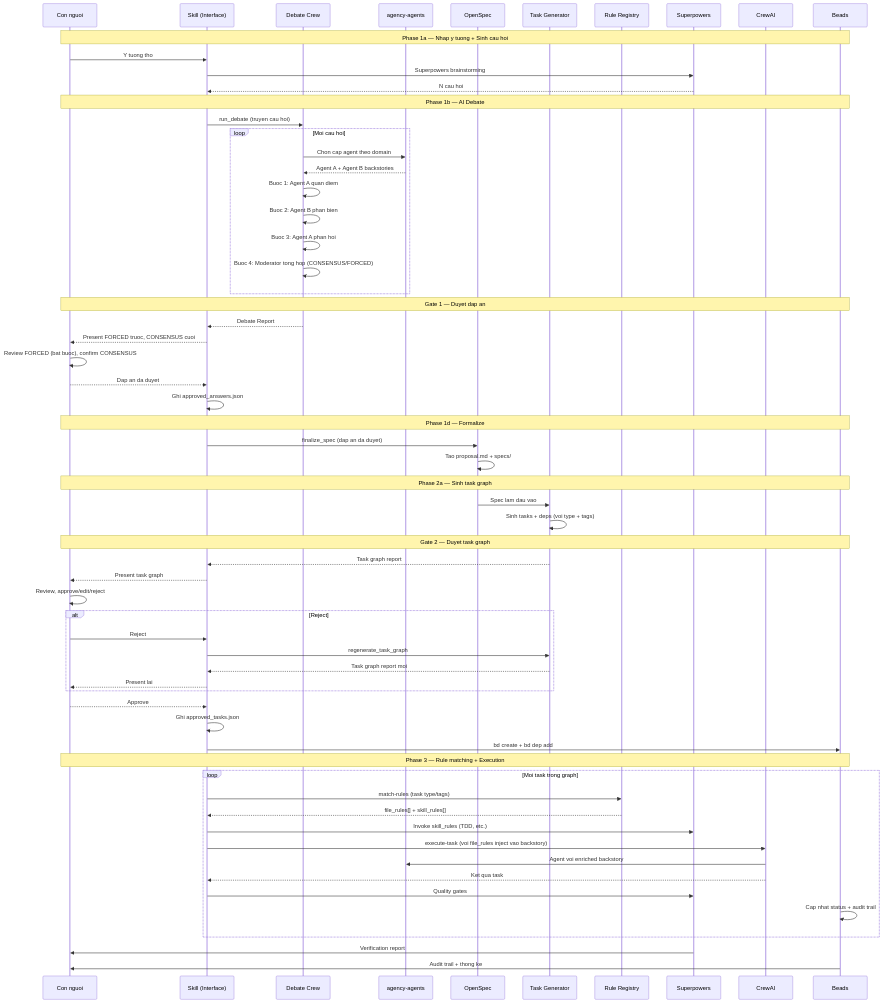
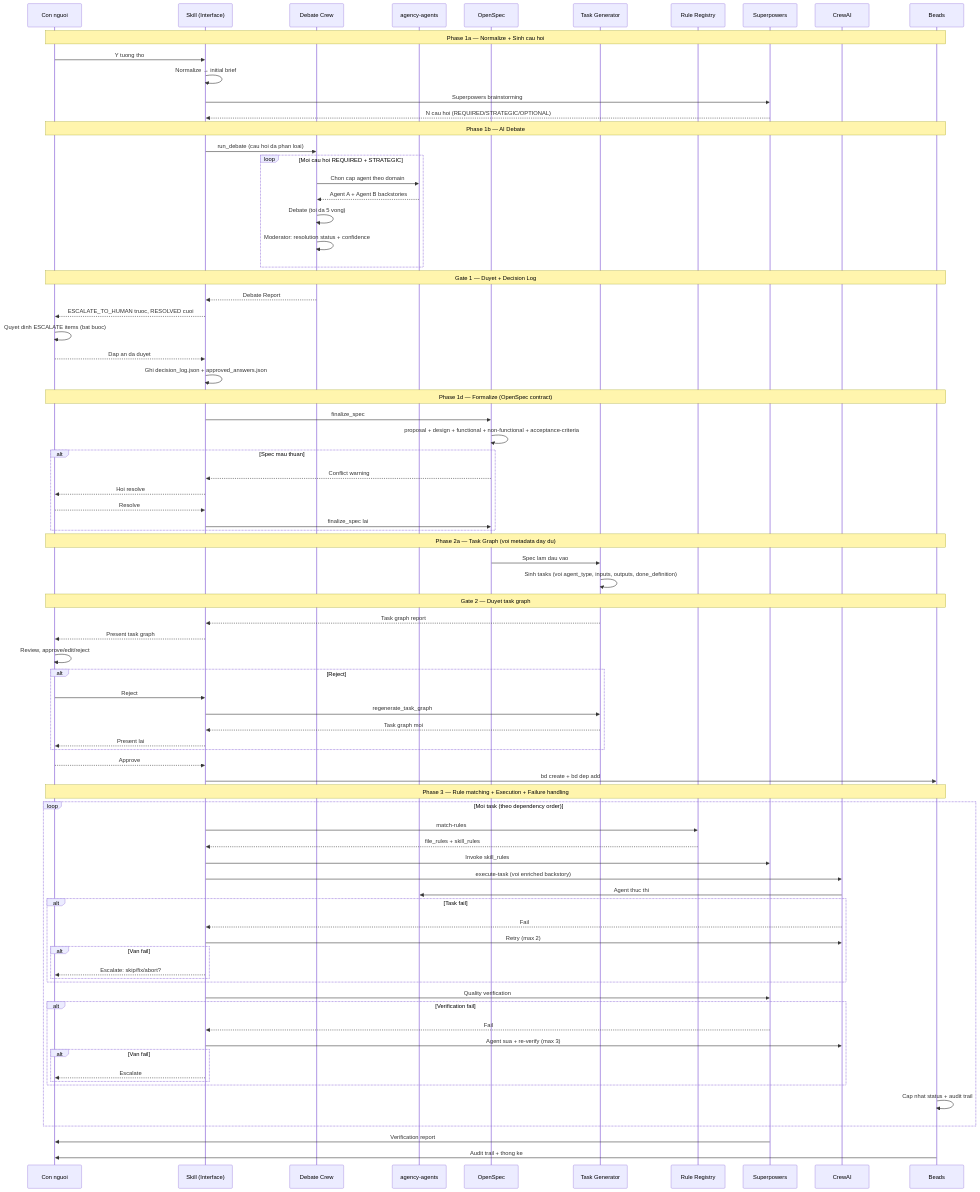
Before and after one commit to hungngominh/ai-development-system: the diagram in docs/workflow-v2.md, drawn with Mermaid. The commit also changed other lines of this file and 3 other files, not shown here.

Commit message:
Update architecture docs and workflow

```diff
--- a/docs/workflow-v2.md
+++ b/docs/workflow-v2.md
@@ -142,36 +182,41 @@
     participant CR as CrewAI
     participant BD as Beads
 
-    Note over U,BD: Phase 1a — Nhap y tuong + Sinh cau hoi
+    Note over U,BD: Phase 1a — Normalize + Sinh cau hoi
     U->>SK: Y tuong tho
+    SK->>SK: Normalize → initial brief
     SK->>SP: Superpowers brainstorming
-    SP-->>SK: N cau hoi
+    SP-->>SK: N cau hoi (REQUIRED/STRATEGIC/OPTIONAL)
 
     Note over U,BD: Phase 1b — AI Debate
-    SK->>DC: run_debate (truyen cau hoi)
-    loop Moi cau hoi
+    SK->>DC: run_debate (cau hoi da phan loai)
+    loop Moi cau hoi REQUIRED + STRATEGIC
         DC->>AG: Chon cap agent theo domain
         AG-->>DC: Agent A + Agent B backstories
-        DC->>DC: Buoc 1: Agent A quan diem
-        DC->>DC: Buoc 2: Agent B phan bien
-        DC->>DC: Buoc 3: Agent A phan hoi
-        DC->>DC: Buoc 4: Moderator tong hop (CONSENSUS/FORCED)
+        DC->>DC: Debate (toi da 5 vong)
+        DC->>DC: Moderator: resolution status + confidence
     end
 
-    Note over U,BD: Gate 1 — Duyet dap an
+    Note over U,BD: Gate 1 — Duyet + Decision Log
     DC-->>SK: Debate Report
-    SK-->>U: Present FORCED truoc, CONSENSUS cuoi
-    U->>U: Review FORCED (bat buoc), confirm CONSENSUS
+    SK-->>U: ESCALATE_TO_HUMAN truoc, RESOLVED cuoi
+    U->>U: Quyet dinh ESCALATE items (bat buoc)
     U-->>SK: Dap an da duyet
-    SK->>SK: Ghi approved_answers.json
+    SK->>SK: Ghi decision_log.json + approved_answers.json
 
-    Note over U,BD: Phase 1d — Formalize
-    SK->>OS: finalize_spec (dap an da duyet)
-    OS->>OS: Tao proposal.md + specs/
+    Note over U,BD: Phase 1d — Formalize (OpenSpec contract)
+    SK->>OS: finalize_spec
+    OS->>OS: proposal + design + functional + non-functional + acceptance-criteria
+    alt Spec mau thuan
+        OS-->>SK: Conflict warning
+        SK-->>U: Hoi resolve
+        U-->>SK: Resolve
+        SK->>OS: finalize_spec lai
+    end
 
-    Note over U,BD: Phase 2a — Sinh task graph
+    Note over U,BD: Phase 2a — Task Graph (voi metadata day du)
     OS->>TG: Spec lam dau vao
-    TG->>TG: Sinh tasks + deps (voi type + tags)
+    TG->>TG: Sinh tasks (voi agent_type, inputs, outputs, done_definition)
 
     Note over U,BD: Gate 2 — Duyet task graph
     TG-->>SK: Task graph report
@@ -180,22 +225,34 @@
     alt Reject
         U->>SK: Reject
         SK->>TG: regenerate_task_graph
-        TG-->>SK: Task graph report moi
+        TG-->>SK: Task graph moi
         SK-->>U: Present lai
     end
     U-->>SK: Approve
-    SK->>SK: Ghi approved_tasks.json
     SK->>BD: bd create + bd dep add
 
-    Note over U,BD: Phase 3 — Rule matching + Execution
-    loop Moi task trong graph
-        SK->>RR: match-rules (task type/tags)
-        RR-->>SK: file_rules[] + skill_rules[]
-        SK->>SP: Invoke skill_rules (TDD, etc.)
-        SK->>CR: execute-task (voi file_rules inject vao backstory)
-        CR->>AG: Agent voi enriched backstory
-        CR-->>SK: Ket qua task
-        SK->>SP: Quality gates
+    Note over U,BD: Phase 3 — Rule matching + Execution + Failure handling
+    loop Moi task (theo dependency order)
+        SK->>RR: match-rules
+        RR-->>SK: file_rules + skill_rules
+        SK->>SP: Invoke skill_rules
+        SK->>CR: execute-task (voi enriched backstory)
+        CR->>AG: Agent thuc thi
+        alt Task fail
+            CR-->>SK: Fail
+            SK->>CR: Retry (max 2)
+            alt Van fail
+                SK-->>U: Escalate: skip/fix/abort?
+            end
+        end
+        SK->>SP: Quality verification
+        alt Verification fail
+            SP-->>SK: Fail
+            SK->>CR: Agent sua + re-verify (max 3)
+            alt Van fail
+                SK-->>U: Escalate
+            end
+        end
         BD->>BD: Cap nhat status + audit trail
     end
     SP->>U: Verification report
```
